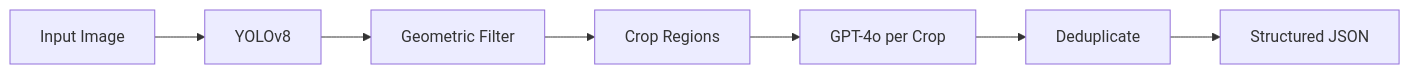
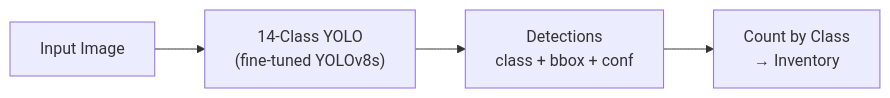
One commit to omorros/SnapShelf changed the second of 6 diagrams in research/02-pipeline-comparison/README.md. Above: the diagram before and after it, drawn with Mermaid. The commit also changed other lines of this file, not shown here.

````diff
--- a/research/02-pipeline-comparison/README.md
+++ b/research/02-pipeline-comparison/README.md
@@ -63,9 +89,6 @@
 ```mermaid
 flowchart LR
-    A[Input Image] --> B[YOLOv8]
-    B --> C[Geometric Filter]
-    C --> D[Crop Regions]
-    D --> E[GPT-4o per Crop]
-    E --> F[Deduplicate]
-    F --> G[Structured JSON]
+    A[Input Image] --> B["14-Class YOLO\n(fine-tuned YOLOv8s)"]
+    B --> C[Detections\nclass + bbox + conf]
+    C --> D["Count by Class\n→ Inventory"]
 ```
````
